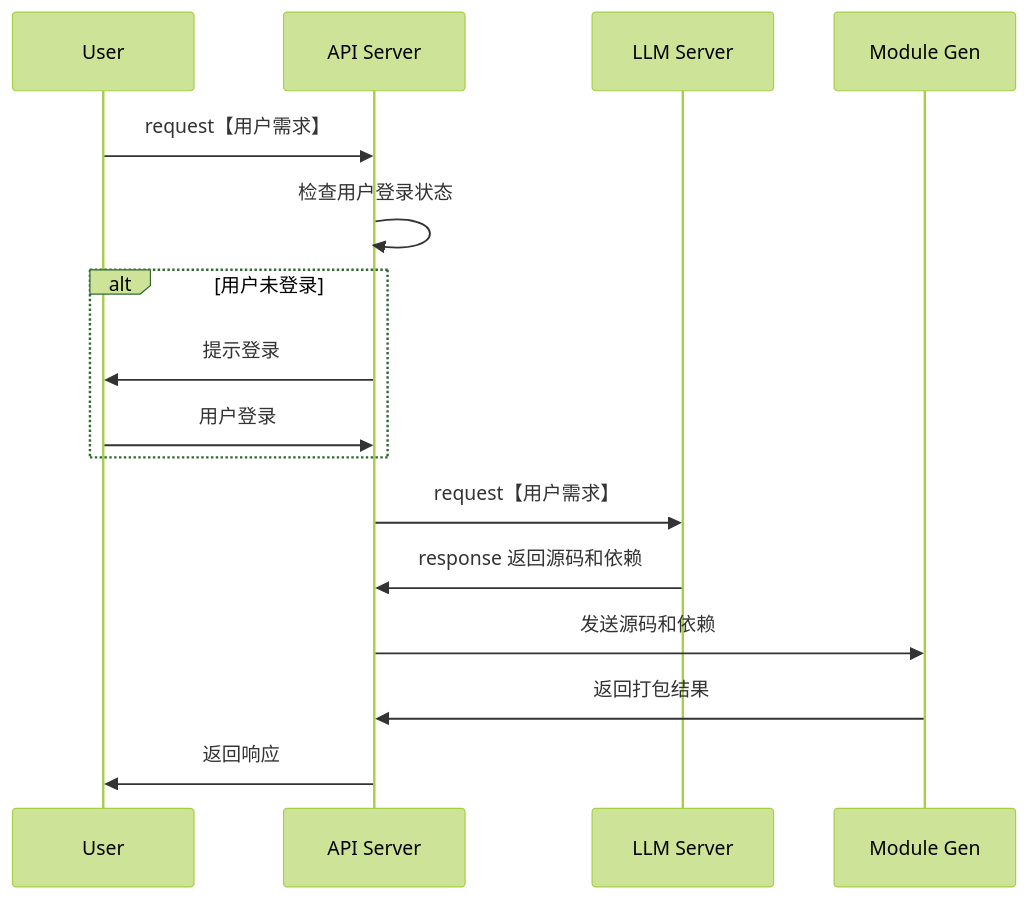
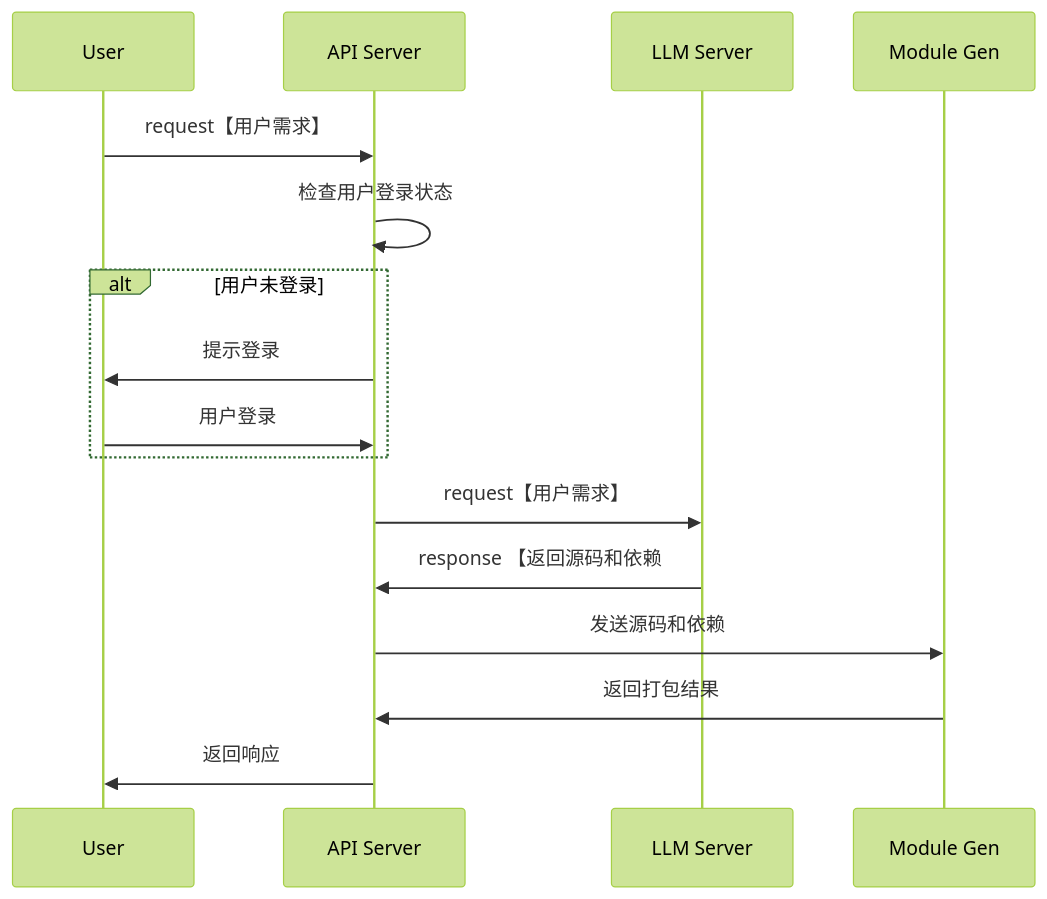
Before and after one commit to yingjianzh/iodraw-files: the diagram in all/未命名-7.md, drawn with Mermaid (forest theme).

Commit message:
2024-10-08 15:37:13 update

````diff
--- a/all/未命名-7.md
+++ b/all/未命名-7.md
@@ -1,23 +1,23 @@
 ```mermaid
 sequenceDiagram
     participant User
     participant API Server
     participant LLM Server
     participant Module Gen
 
     User->>API Server: request【用户需求】
     API Server->>API Server: 检查用户登录状态
     alt 用户未登录
         API Server->>User: 提示登录
         User->>API Server: 用户登录
     end
 
     API Server->>LLM Server: request【用户需求】
-    LLM Server->>API Server: response 返回源码和依赖
+    LLM Server->>API Server: response 【返回源码和依赖
 
     API Server->>Module Gen: 发送源码和依赖
     Module Gen->>API Server: 返回打包结果
 
     API Server->>User: 返回响应
 
 ```
````
